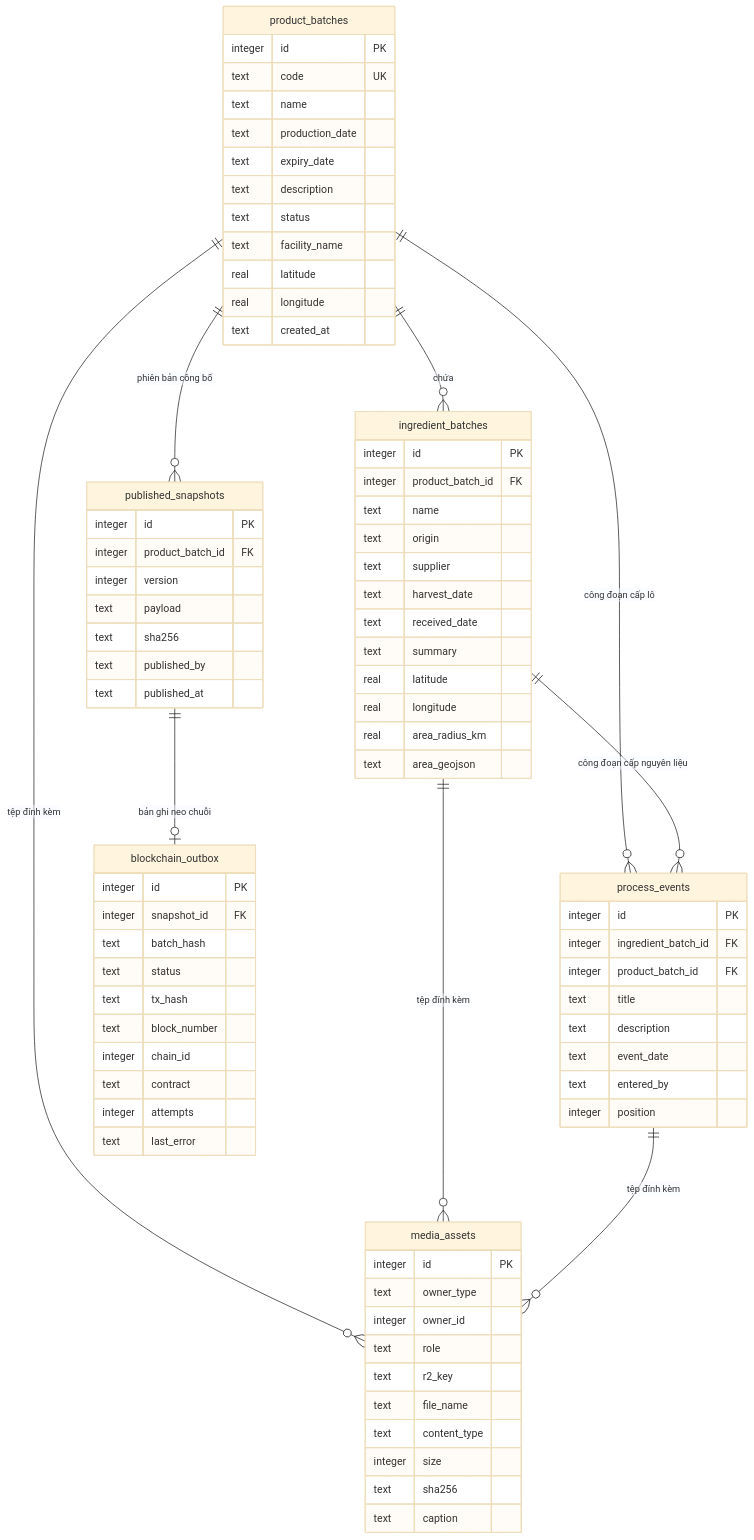
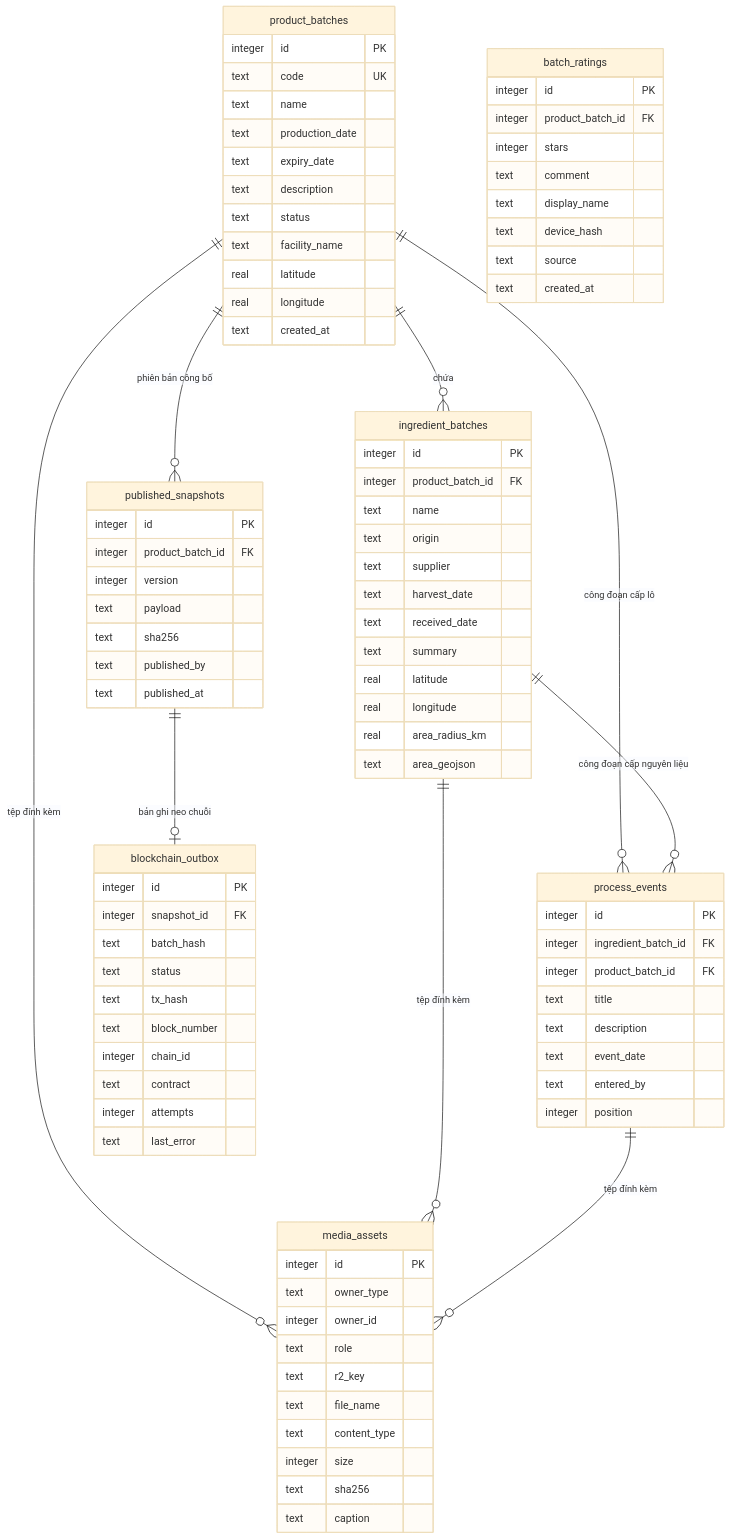
Before and after one commit to Smartbreakfast/trace-system: the second of 4 diagrams in tai-lieu/KIEN_TRUC.md, drawn with Mermaid (base theme). The commit also changed other lines of this file and 14 other files, not shown here.

```diff
--- a/tai-lieu/KIEN_TRUC.md
+++ b/tai-lieu/KIEN_TRUC.md
@@ -160,6 +160,16 @@
         text published_by
         text published_at
     }
+    batch_ratings {
+        integer id PK
+        integer product_batch_id FK
+        integer stars
+        text comment
+        text display_name
+        text device_hash
+        text source
+        text created_at
+    }
     blockchain_outbox {
         integer id PK
         integer snapshot_id FK
```
